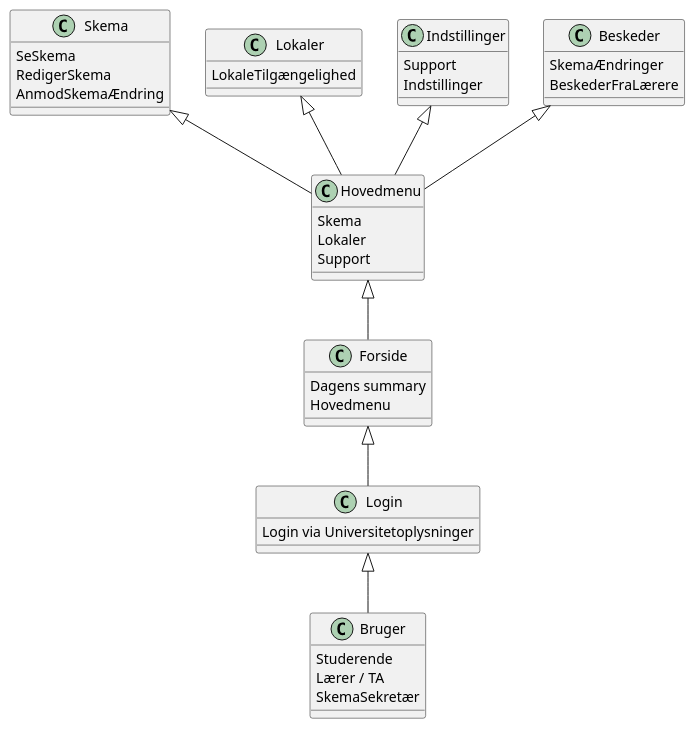
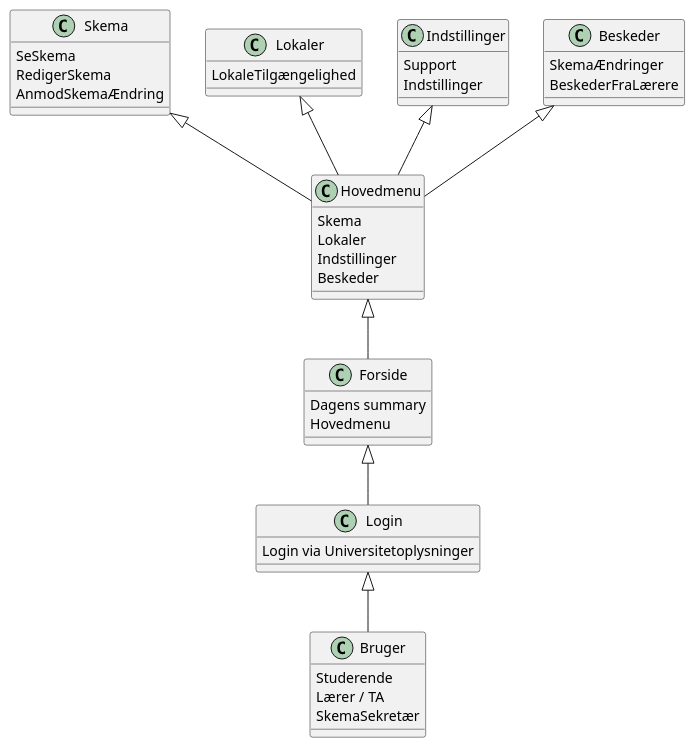
Before and after one commit to MadsSchroder/Systemudvikling-Eksamen-KU: the diagram in Opgave9.puml, drawn with PlantUML.

Commit message:
Sidste del på iteration 1

```diff
--- a/Opgave9.puml
+++ b/Opgave9.puml
@@ -1,39 +1,40 @@
 @startuml
 Login <|-- Bruger
 Forside <|-- Login
 Hovedmenu <|-- Forside
 Skema <|-- Hovedmenu
 Lokaler <|-- Hovedmenu
 Indstillinger <|-- Hovedmenu
 Beskeder <|-- Hovedmenu
 
 
 Bruger : Studerende
 Bruger : Lærer / TA
 Bruger : SkemaSekretær
 
 Login : Login via Universitetoplysninger
 
 Forside : Dagens summary
 Forside : Hovedmenu
 
 Hovedmenu : Skema
 Hovedmenu : Lokaler
-Hovedmenu : Support
+Hovedmenu : Indstillinger
+Hovedmenu : Beskeder
 
 Skema : SeSkema
 Skema : RedigerSkema
 Skema : AnmodSkemaÆndring
 
 Lokaler : LokaleTilgængelighed
 
 Indstillinger : Support
 Indstillinger : Indstillinger
 
 Beskeder : SkemaÆndringer
 Beskeder : BeskederFraLærere
 
 
 
 
 @enduml
```
